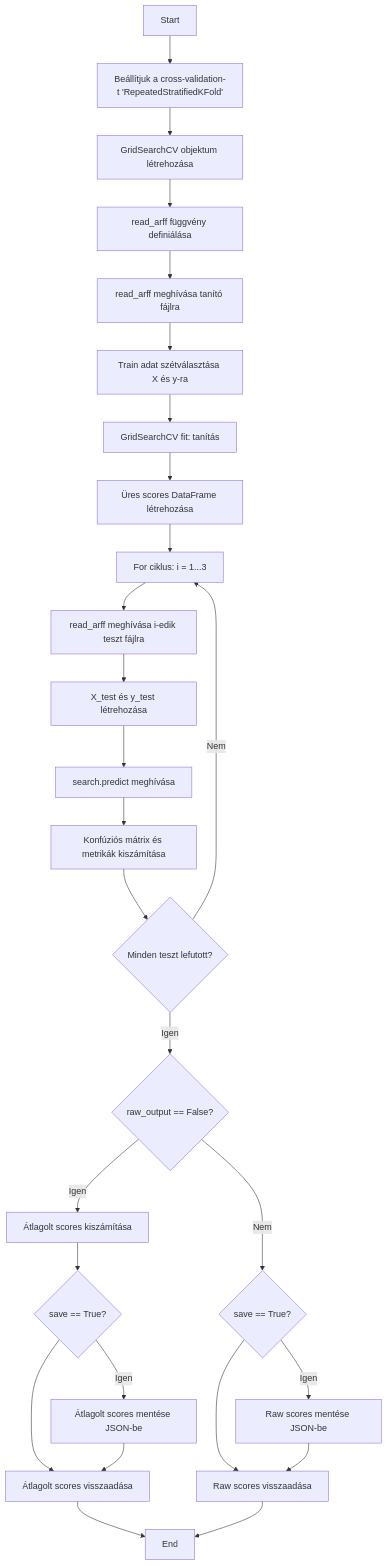
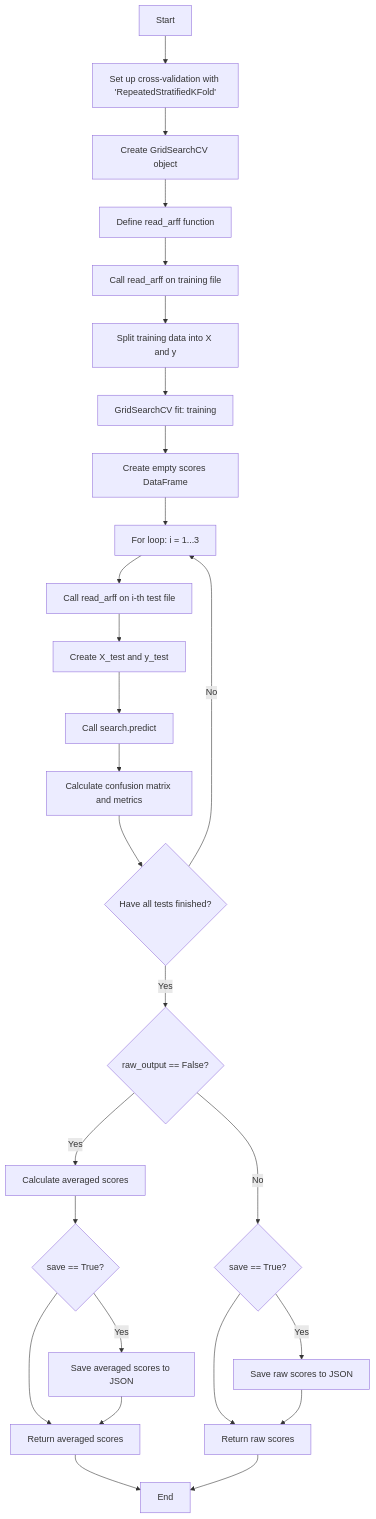
One commit to VLorant/Binary_classification changed the first of 2 diagrams in README.md. Above: the diagram before and after it, drawn with Mermaid. The commit also changed other lines of this file, not shown here.

````diff
--- a/README.md
+++ b/README.md
@@ -309,29 +308,29 @@
 ```mermaid
 flowchart TD
-    A[Start] --> B[Beállítjuk a cross-validation-t 'RepeatedStratifiedKFold']
-    B --> C[GridSearchCV objektum létrehozása]
-    C --> D[read_arff függvény definiálása]
-    D --> E[read_arff meghívása tanító fájlra]
-    E --> F[Train adat szétválasztása X és y-ra]
-    F --> G[GridSearchCV fit: tanítás]
-    G --> H[Üres scores DataFrame létrehozása]
-    H --> I[For ciklus: i = 1...3]
-    I --> J[read_arff meghívása i-edik teszt fájlra]
-    J --> K[X_test és y_test létrehozása]
-    K --> L[search.predict meghívása]
-    L --> M[Konfúziós mátrix és metrikák kiszámítása]
-    M --> N{Minden teszt lefutott?}
-    N -- Nem --> I
-    N -- Igen --> O{raw_output == False?}
-    O -- Igen --> P[Átlagolt scores kiszámítása]
-    P --> Q{save == True?}
-    Q -- Igen --> R[Átlagolt scores mentése JSON-be]
-    Q --> S[Átlagolt scores visszaadása]
-    O -- Nem --> T{save == True?}
-    T -- Igen --> U[Raw scores mentése JSON-be]
-    T --> V[Raw scores visszaadása]
-    R --> S
-    U --> V
-    S --> W[End]
+    A[Start] --> B[Set up cross-validation with 'RepeatedStratifiedKFold'] 
+    B --> C[Create GridSearchCV object] 
+    C --> D[Define read_arff function] 
+    D --> E[Call read_arff on training file] 
+    E --> F[Split training data into X and y] 
+    F --> G[GridSearchCV fit: training] 
+    G --> H[Create empty scores DataFrame] 
+    H --> I[For loop: i = 1...3] 
+    I --> J[Call read_arff on i-th test file] 
+    J --> K[Create X_test and y_test] 
+    K --> L[Call search.predict] 
+    L --> M[Calculate confusion matrix and metrics] 
+    M --> N{Have all tests finished?} 
+    N -- No --> I 
+    N -- Yes --> O{raw_output == False?} 
+    O -- Yes --> P[Calculate averaged scores] 
+    P --> Q{save == True?} 
+    Q -- Yes --> R[Save averaged scores to JSON] 
+    Q --> S[Return averaged scores] 
+    O -- No --> T{save == True?} 
+    T -- Yes --> U[Save raw scores to JSON] 
+    T --> V[Return raw scores] 
+    R --> S 
+    U --> V 
+    S --> W[End] 
     V --> W
 ```
````
